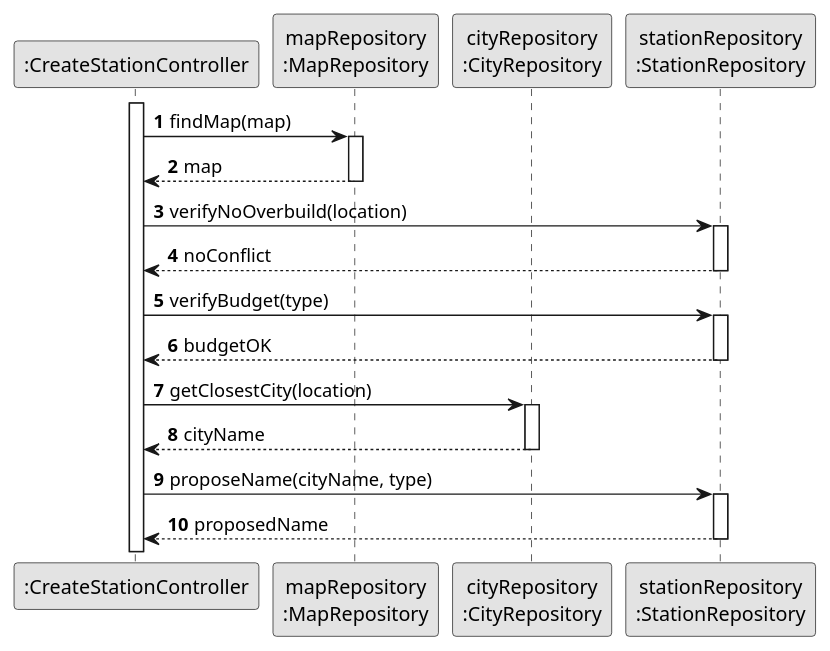
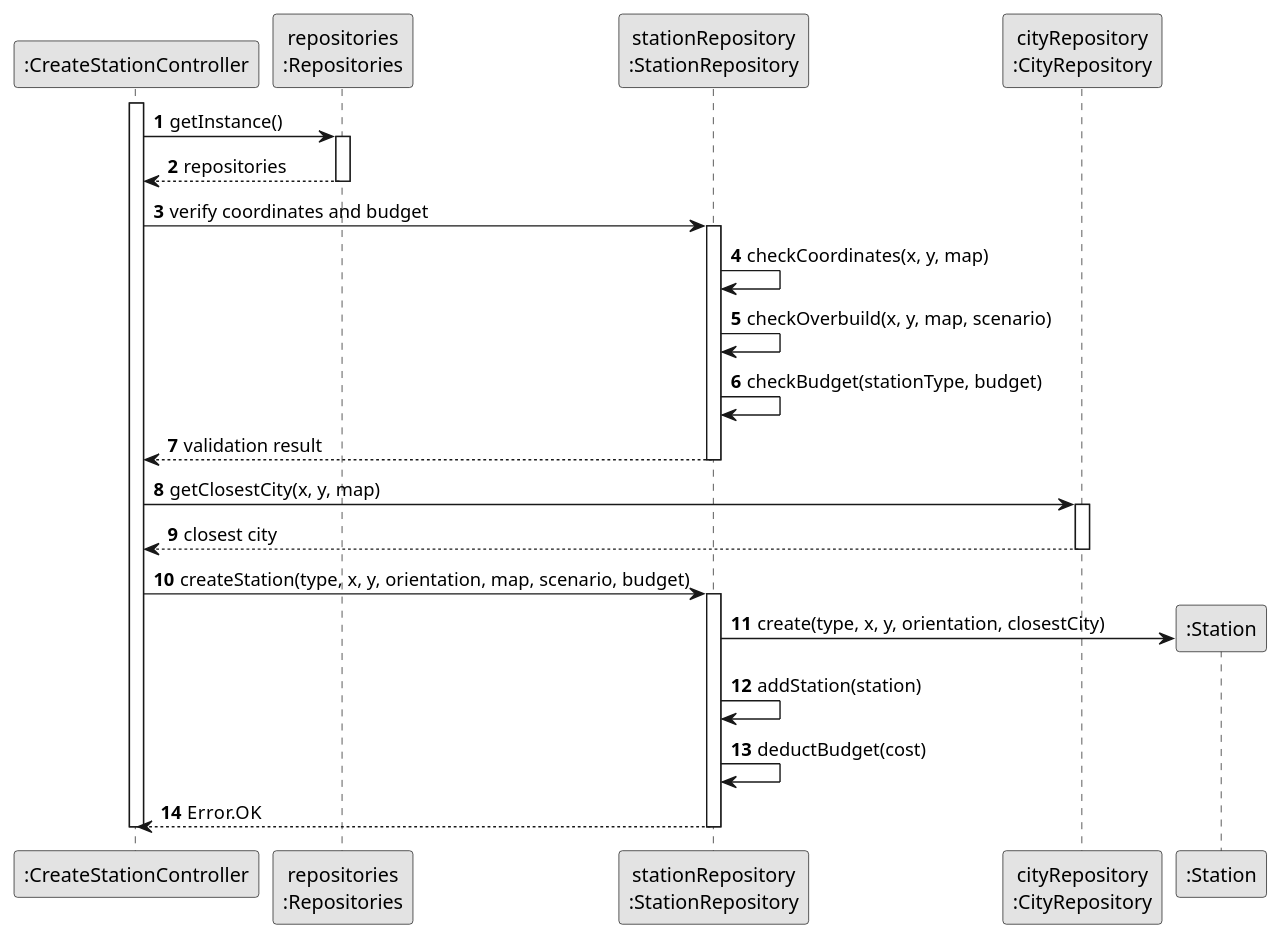
One commit to goncalolopesp/sem2-pi-24.25-g093-repo changed the diagram in docs/system-documentation/US005/03.design/puml/US005-SD-validateAndName.puml. Above: the diagram before and after it, drawn with PlantUML. The commit also changed 9 other files, not shown here.

```diff
--- a/docs/system-documentation/US005/03.design/puml/US005-SD-validateAndName.puml
+++ b/docs/system-documentation/US005/03.design/puml/US005-SD-validateAndName.puml
@@ -1,39 +1,42 @@
 @startuml US005-SD-validateAndName
 skinparam monochrome true
 skinparam packageStyle rectangle
 skinparam shadowing false
 
 autonumber
 participant ":CreateStationController" as CreateStationController
-participant "mapRepository\n:MapRepository" as MapRepository
+participant "repositories\n:Repositories" as Repositories
+participant "stationRepository\n:StationRepository" as StationRepository
 participant "cityRepository\n:CityRepository" as CityRepository
-participant "stationRepository\n:StationRepository" as StationRepository
 
 activate CreateStationController
 
-CreateStationController -> MapRepository : findMap(map)
-activate MapRepository
-MapRepository --> CreateStationController : map
-deactivate MapRepository
+CreateStationController -> Repositories : getInstance()
+activate Repositories
+Repositories --> CreateStationController : repositories
+deactivate Repositories
 
-CreateStationController -> StationRepository : verifyNoOverbuild(location)
+CreateStationController -> StationRepository : verify coordinates and budget
 activate StationRepository
-StationRepository --> CreateStationController : noConflict
+StationRepository -> StationRepository : checkCoordinates(x, y, map)
+StationRepository -> StationRepository : checkOverbuild(x, y, map, scenario)
+StationRepository -> StationRepository : checkBudget(stationType, budget)
+StationRepository --> CreateStationController : validation result
 deactivate StationRepository
 
-CreateStationController -> StationRepository : verifyBudget(type)
+CreateStationController -> CityRepository : getClosestCity(x, y, map)
+activate CityRepository
+CityRepository --> CreateStationController : closest city
+deactivate CityRepository
+
+CreateStationController -> StationRepository : createStation(type, x, y, orientation, map, scenario, budget)
 activate StationRepository
-StationRepository --> CreateStationController : budgetOK
+create ":Station" as Station
+StationRepository -> Station : create(type, x, y, orientation, closestCity)
+StationRepository -> StationRepository : addStation(station)
+StationRepository -> StationRepository : deductBudget(cost)
+StationRepository --> CreateStationController : Error.OK
 deactivate StationRepository
 
-CreateStationController -> CityRepository : getClosestCity(location)
-activate CityRepository
-CityRepository --> CreateStationController : cityName
-deactivate CityRepository
-
-CreateStationController -> StationRepository : proposeName(cityName, type)
-activate StationRepository
-StationRepository --> CreateStationController : proposedName
-deactivate StationRepository
-
+deactivate CreateStationController
 @enduml
```
